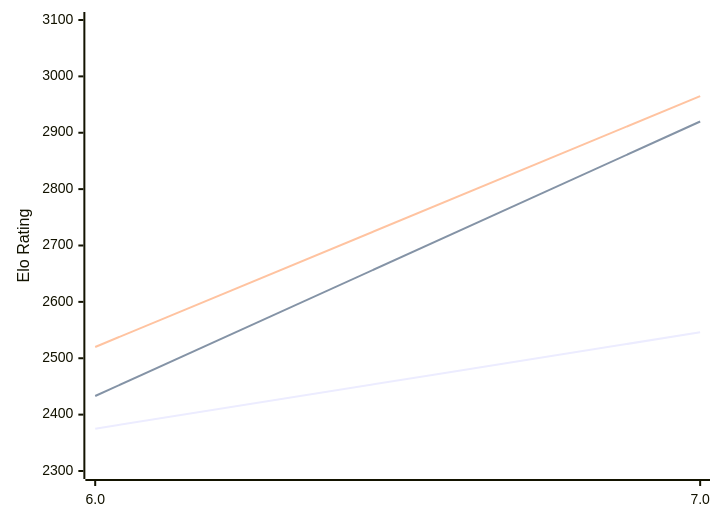
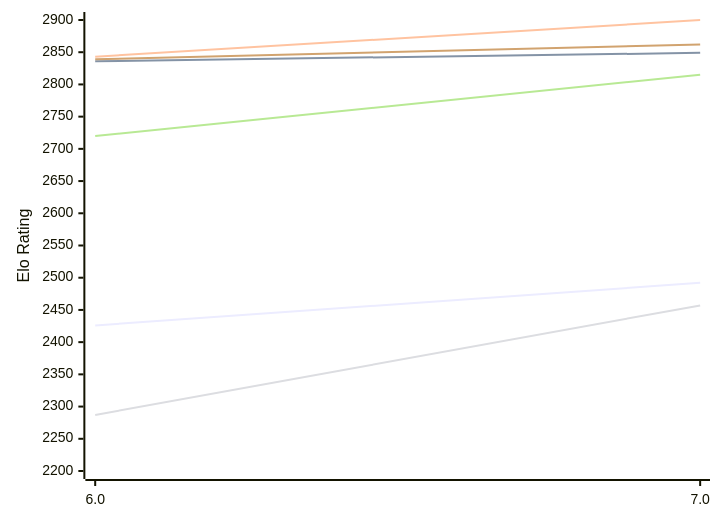
Before and after one commit to computer-chess-index/cci: the first of 2 diagrams in engines/tomitankChess.md, drawn with Mermaid. The commit also changed other lines of this file, not shown here.

Commit message:
Update CCI Ratings (ELO VLTC) - 2026-11-13

````diff
--- a/engines/tomitankChess.md
+++ b/engines/tomitankChess.md
@@ -51,12 +51,12 @@
 ```mermaid
 %%{init: {"theme":"base","themeVariables":{"seriesColors:['#a3a3a3','#222221','#faa371']}}}%%
 xychart-beta
   x-axis ["6.0", "7.0"]
-  y-axis "Elo Rating" 2300 --> 3100
-  line "E1: STC (8.0+0.08s)" [2375, 2546]
-  line "E1: LTC (60.0+0.60s)" [2433, 2920]
-  line "E1: VLTC (2m24s+1.12s)" [2520, 2965]
-  line "P1: STC (8.0+0.08s)" [2607]
-  line "P1: LTC (60.0+0.60s)" [2981]
-  line "P1: VLTC (2m24s+1.12s)" [3029]
+  y-axis "Elo Rating" 2200 --> 2900
+  line "E1: STC (8.0+0.08s)" [2426, 2492]
+  line "E1: LTC (60.0+0.60s)" [2836, 2849]
+  line "E1: VLTC (2m24s+1.12s)" [2843, 2900]
+  line "P1: STC (8.0+0.08s)" [2287, 2457]
+  line "P1: LTC (60.0+0.60s)" [2720, 2815]
+  line "P1: VLTC (2m24s+1.12s)" [2839, 2862]
 ```
````
